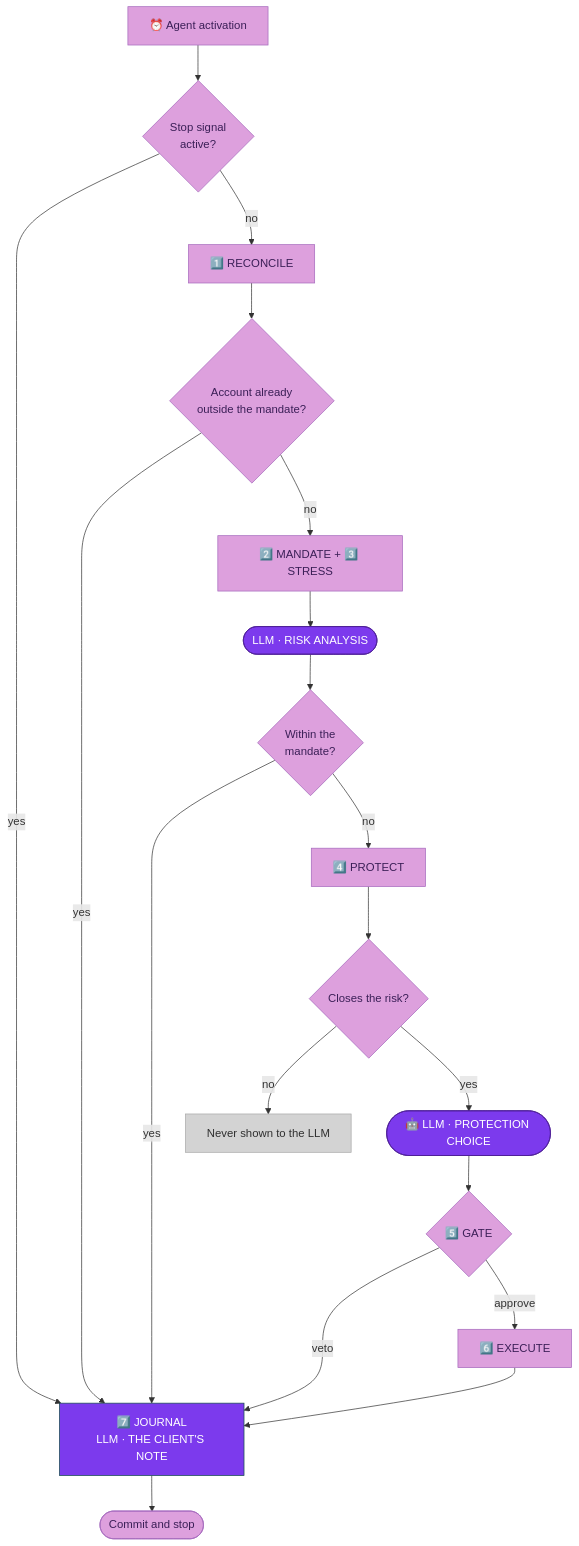
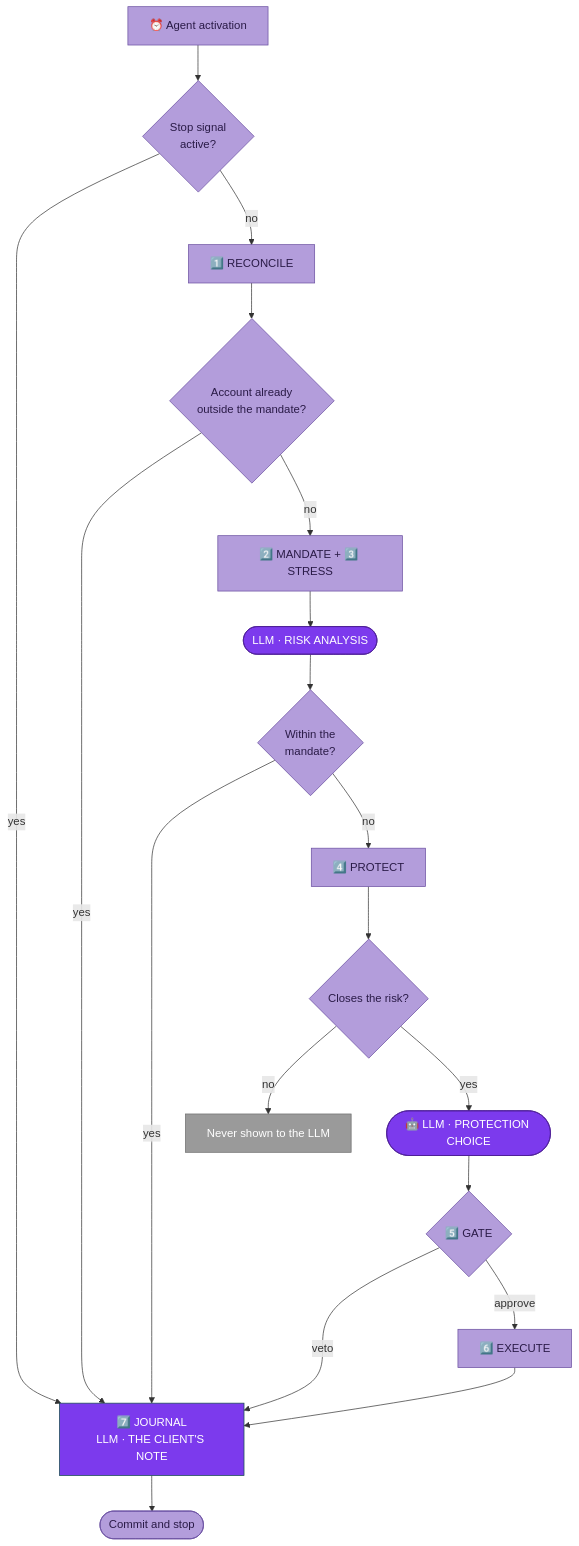
Before and after one commit to ol1ak5/Drawdown-Guard: the second of 2 diagrams in README.md, drawn with Mermaid. The commit also changed other lines of this file, not shown here.

````diff
--- a/README.md
+++ b/README.md
@@ -111,47 +109,47 @@
 ```mermaid
 flowchart TD
     CRON["⏰ Agent activation"] --> HALT{Stop signal<br/>active?}
     HALT -- yes --> JOURNAL
     HALT -- no --> RECONCILE
 
     RECONCILE["1️⃣ RECONCILE"] --> KILL{Account already<br/>outside the mandate?}
     KILL -- yes --> JOURNAL
     KILL -- no --> MANDATE
 
     MANDATE["2️⃣ MANDATE + 3️⃣ STRESS"] --> LLM1
     LLM1(["LLM · RISK ANALYSIS"]) --> GAP{Within the<br/>mandate?}
 
     GAP -- yes --> JOURNAL
     GAP -- no --> PROTECT
 
     PROTECT["4️⃣ PROTECT"] --> ELIGIBLE{Closes the risk?}
     ELIGIBLE -- no --> DROP[Never shown to the LLM]
     ELIGIBLE -- yes --> LLM2
 
     LLM2(["🤖 LLM · PROTECTION CHOICE"]) --> GATE
 
     GATE{"5️⃣ GATE"}
     GATE -- veto --> JOURNAL
     GATE -- approve --> EXECUTE
 
     EXECUTE["6️⃣ EXECUTE"] --> JOURNAL
 
     JOURNAL["7️⃣ JOURNAL<br/>LLM · THE CLIENT'S NOTE"] --> END([Commit and stop])
 
-    style CRON fill:#dda0dd,stroke:#a569bd,color:#3b1f57
-    style HALT fill:#dda0dd,stroke:#a569bd,color:#3b1f57
-    style RECONCILE fill:#dda0dd,stroke:#a569bd,color:#3b1f57
-    style KILL fill:#dda0dd,stroke:#a569bd,color:#3b1f57
-    style MANDATE fill:#dda0dd,stroke:#a569bd,color:#3b1f57
-    style GAP fill:#dda0dd,stroke:#a569bd,color:#3b1f57
-    style PROTECT fill:#dda0dd,stroke:#a569bd,color:#3b1f57
-    style ELIGIBLE fill:#dda0dd,stroke:#a569bd,color:#3b1f57
-    style GATE fill:#dda0dd,stroke:#a569bd,color:#3b1f57
-    style EXECUTE fill:#dda0dd,stroke:#a569bd,color:#3b1f57
-    style END fill:#dda0dd,stroke:#a569bd,color:#3b1f57
+    style CRON fill:#b39ddb,stroke:#6a4fa0,color:#2a1b47
+    style HALT fill:#b39ddb,stroke:#6a4fa0,color:#2a1b47
+    style RECONCILE fill:#b39ddb,stroke:#6a4fa0,color:#2a1b47
+    style KILL fill:#b39ddb,stroke:#6a4fa0,color:#2a1b47
+    style MANDATE fill:#b39ddb,stroke:#6a4fa0,color:#2a1b47
+    style GAP fill:#b39ddb,stroke:#6a4fa0,color:#2a1b47
+    style PROTECT fill:#b39ddb,stroke:#6a4fa0,color:#2a1b47
+    style ELIGIBLE fill:#b39ddb,stroke:#6a4fa0,color:#2a1b47
+    style GATE fill:#b39ddb,stroke:#6a4fa0,color:#2a1b47
+    style EXECUTE fill:#b39ddb,stroke:#6a4fa0,color:#2a1b47
+    style END fill:#b39ddb,stroke:#6a4fa0,color:#2a1b47
 
     style LLM1 fill:#7c3aed,stroke:#4c1d95,color:#fff
     style LLM2 fill:#7c3aed,stroke:#4c1d95,color:#fff
     style JOURNAL fill:#7c3aed,stroke:#134e4a,color:#fff
-    style DROP fill:#d3d3d3,stroke:#a9a9a9,color:#2f2f2f
+    style DROP fill:#9a9a9a,stroke:#6e6e6e,color:#ffffff
 ```
````
